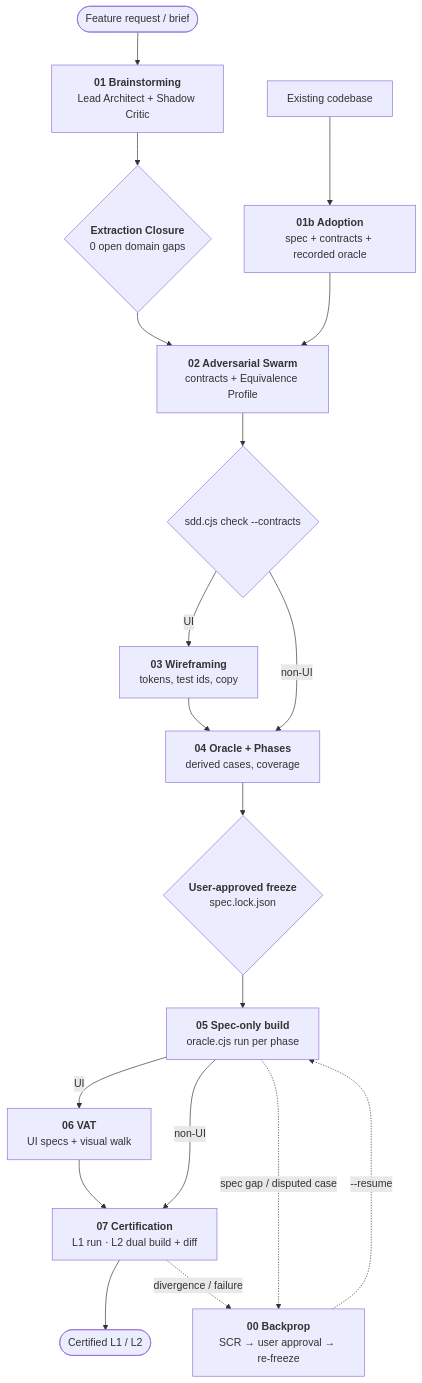
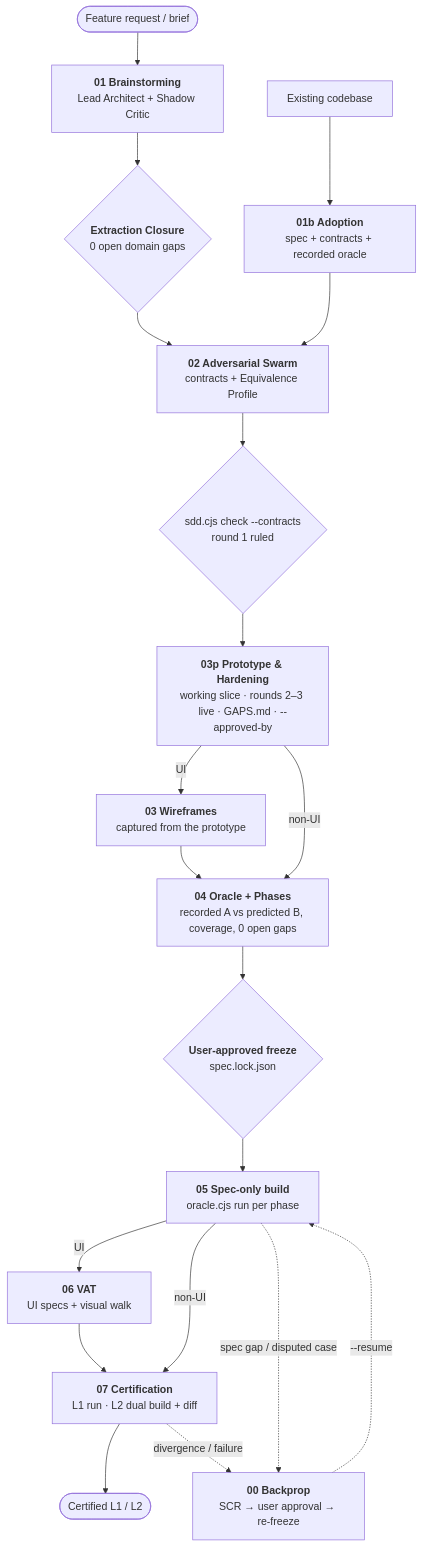
One commit to Wilberto-lopez-skymantics/skills changed the diagram in icm-workspace-template/README.md. Above: the diagram before and after it, drawn with Mermaid. The commit also changed other lines of this file and 33 other files, not shown here.

First line of the commit message:
feat(sdd): v3.1 prototype-first — split Stage 02 around the prototype, user-only acceptance, UI wireframes from the prototype

````diff
--- a/icm-workspace-template/README.md
+++ b/icm-workspace-template/README.md
@@ -117,21 +135,22 @@
 ```mermaid
 flowchart TD
     Start(["Feature request / brief"]) --> S01["<b>01 Brainstorming</b><br/>Lead Architect + Shadow Critic"]
     Adopt["Existing codebase"] --> S01b["<b>01b Adoption</b><br/>spec + contracts + recorded oracle"]
     S01b --> S02
     S01 --> G01{"<b>Extraction Closure</b><br/>0 open domain gaps"}
     G01 --> S02["<b>02 Adversarial Swarm</b><br/>contracts + Equivalence Profile"]
-    S02 --> C{"sdd.cjs check --contracts"}
-    C -- "UI" --> S03["<b>03 Wireframing</b><br/>tokens, test ids, copy"]
-    C -- "non-UI" --> S04
-    S03 --> S04["<b>04 Oracle + Phases</b><br/>derived cases, coverage"]
+    S02 --> C{"sdd.cjs check --contracts<br/>round 1 ruled"}
+    C --> S03p["<b>03p Prototype & Hardening</b><br/>working slice · rounds 2–3 live · GAPS.md · --approved-by"]
+    S03p -- "UI" --> S03["<b>03 Wireframes</b><br/>captured from the prototype"]
+    S03p -- "non-UI" --> S04
+    S03 --> S04["<b>04 Oracle + Phases</b><br/>recorded A vs predicted B, coverage, 0 open gaps"]
     S04 --> F{"<b>User-approved freeze</b><br/>spec.lock.json"}
     F --> S05["<b>05 Spec-only build</b><br/>oracle.cjs run per phase"]
     S05 -- "UI" --> S06["<b>06 VAT</b><br/>UI specs + visual walk"]
     S05 -- "non-UI" --> S07
     S06 --> S07["<b>07 Certification</b><br/>L1 run · L2 dual build + diff"]
     S07 --> DONE(["Certified L1 / L2"])
     S05 -. "spec gap / disputed case" .-> S00
     S07 -. "divergence / failure" .-> S00["<b>00 Backprop</b><br/>SCR → user approval → re-freeze"]
     S00 -. "--resume" .-> S05
 ```
````
